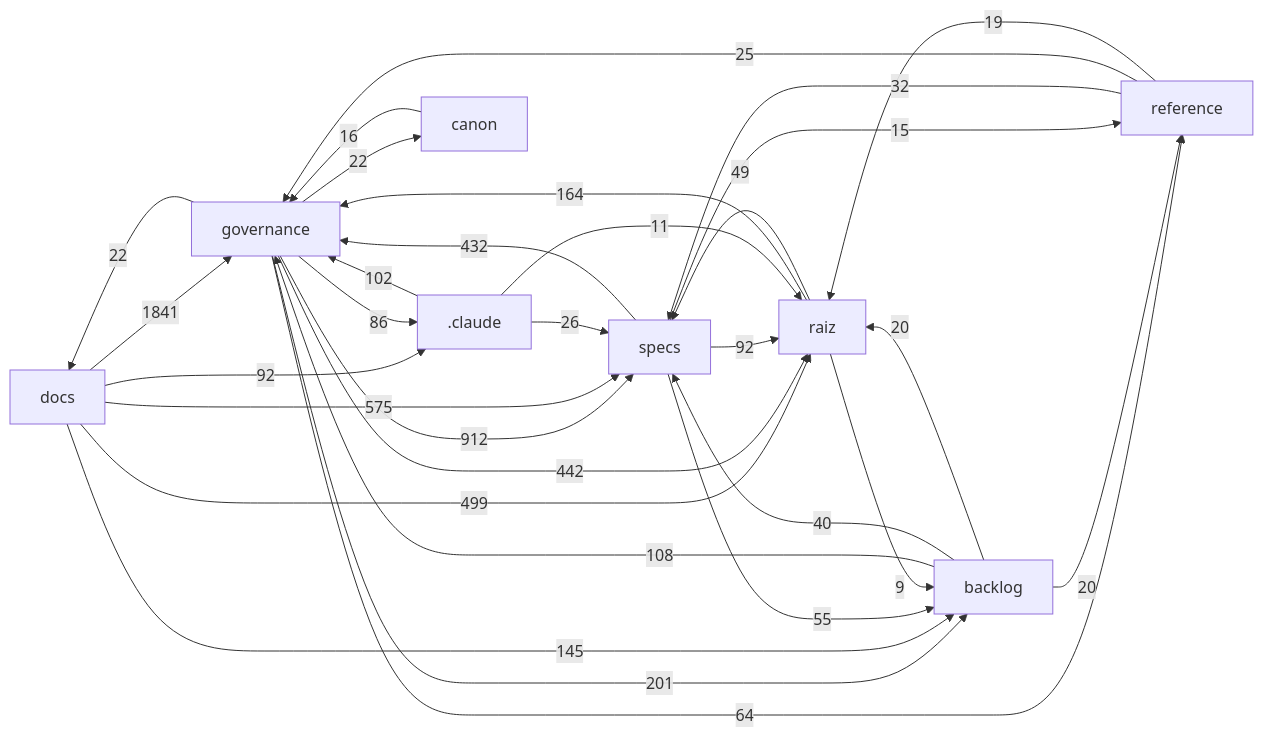
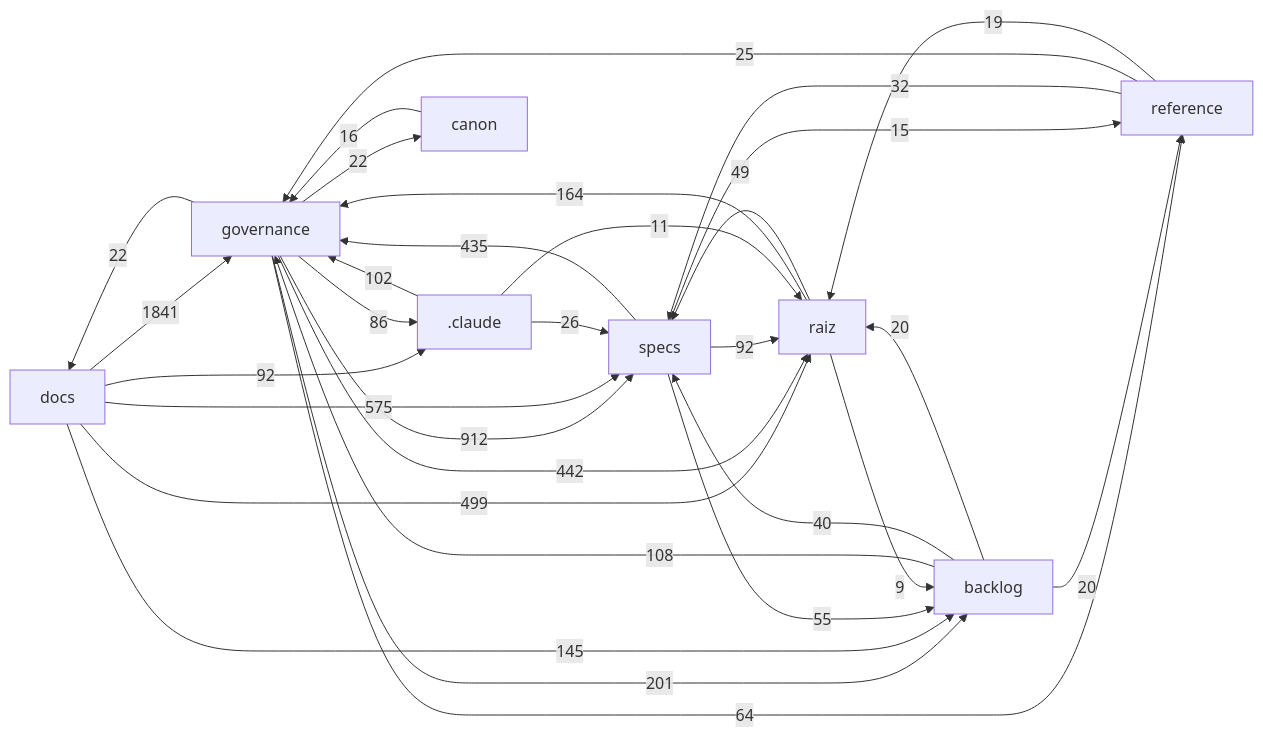
Before and after one commit to Andraus35/Sistema-Operacional-de-Trading--SOT: the diagram in docs/mapa/MAPA-PROJETO.md, drawn with Mermaid. The commit also changed other lines of this file and 4 other files, not shown here.

````diff
--- a/docs/mapa/MAPA-PROJETO.md
+++ b/docs/mapa/MAPA-PROJETO.md
@@ -29,33 +29,33 @@
 ```mermaid
 flowchart LR
   docs["docs"] -->|1841| governance["governance"]
   governance["governance"] -->|912| specs["specs"]
   docs["docs"] -->|575| specs["specs"]
   docs["docs"] -->|499| raiz["raiz"]
   governance["governance"] -->|442| raiz["raiz"]
-  specs["specs"] -->|432| governance["governance"]
+  specs["specs"] -->|435| governance["governance"]
   governance["governance"] -->|201| backlog["backlog"]
   raiz["raiz"] -->|164| governance["governance"]
   docs["docs"] -->|145| backlog["backlog"]
   backlog["backlog"] -->|108| governance["governance"]
   _claude[".claude"] -->|102| governance["governance"]
   docs["docs"] -->|92| _claude[".claude"]
   specs["specs"] -->|92| raiz["raiz"]
   governance["governance"] -->|86| _claude[".claude"]
   governance["governance"] -->|64| reference["reference"]
   specs["specs"] -->|55| backlog["backlog"]
   raiz["raiz"] -->|49| specs["specs"]
   backlog["backlog"] -->|40| specs["specs"]
   reference["reference"] -->|32| specs["specs"]
   _claude[".claude"] -->|26| specs["specs"]
   reference["reference"] -->|25| governance["governance"]
   governance["governance"] -->|22| docs["docs"]
   governance["governance"] -->|22| canon["canon"]
   backlog["backlog"] -->|20| raiz["raiz"]
   backlog["backlog"] -->|20| reference["reference"]
   reference["reference"] -->|19| raiz["raiz"]
   canon["canon"] -->|16| governance["governance"]
   specs["specs"] -->|15| reference["reference"]
   _claude[".claude"] -->|11| raiz["raiz"]
   raiz["raiz"] -->|9| backlog["backlog"]
 ```
````
